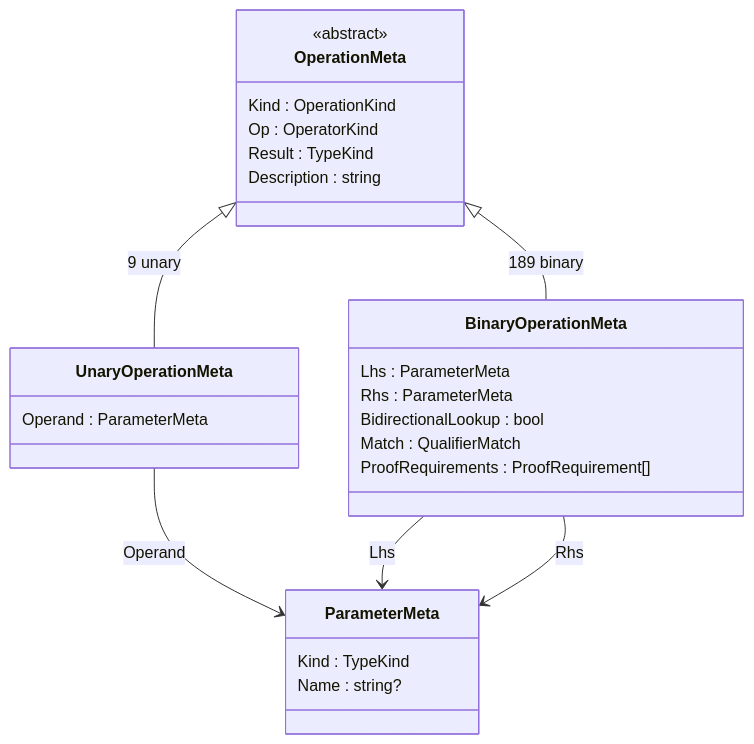
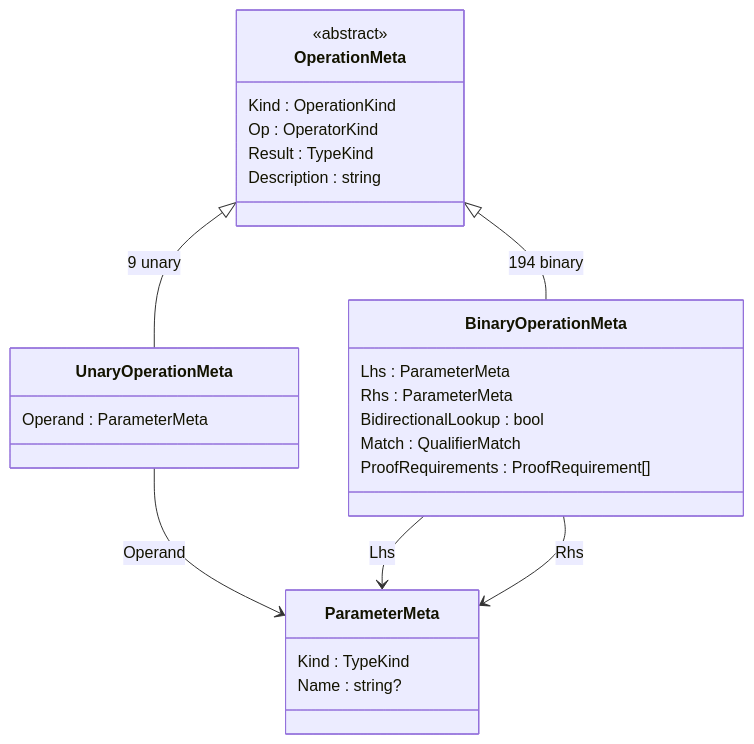
The fourth of 6 diagrams in docs/language/catalog-system.md (sfalik/Precept), drawn with Mermaid before and after one commit. The commit also changed other lines of this file and 41 other files, not shown here.

````diff
--- a/docs/language/catalog-system.md
+++ b/docs/language/catalog-system.md
@@ -473,29 +508,29 @@
 ```mermaid
 classDiagram
     class OperationMeta {
         <<abstract>>
         Kind : OperationKind
         Op : OperatorKind
         Result : TypeKind
         Description : string
     }
     class UnaryOperationMeta {
         Operand : ParameterMeta
     }
     class BinaryOperationMeta {
         Lhs : ParameterMeta
         Rhs : ParameterMeta
         BidirectionalLookup : bool
         Match : QualifierMatch
         ProofRequirements : ProofRequirement[]
     }
     class ParameterMeta {
         Kind : TypeKind
         Name : string?
     }
     OperationMeta <|-- UnaryOperationMeta : 9 unary
-    OperationMeta <|-- BinaryOperationMeta : 189 binary
+    OperationMeta <|-- BinaryOperationMeta : 194 binary
     UnaryOperationMeta --> ParameterMeta : Operand
     BinaryOperationMeta --> ParameterMeta : Lhs
     BinaryOperationMeta --> ParameterMeta : Rhs
 ```
````
